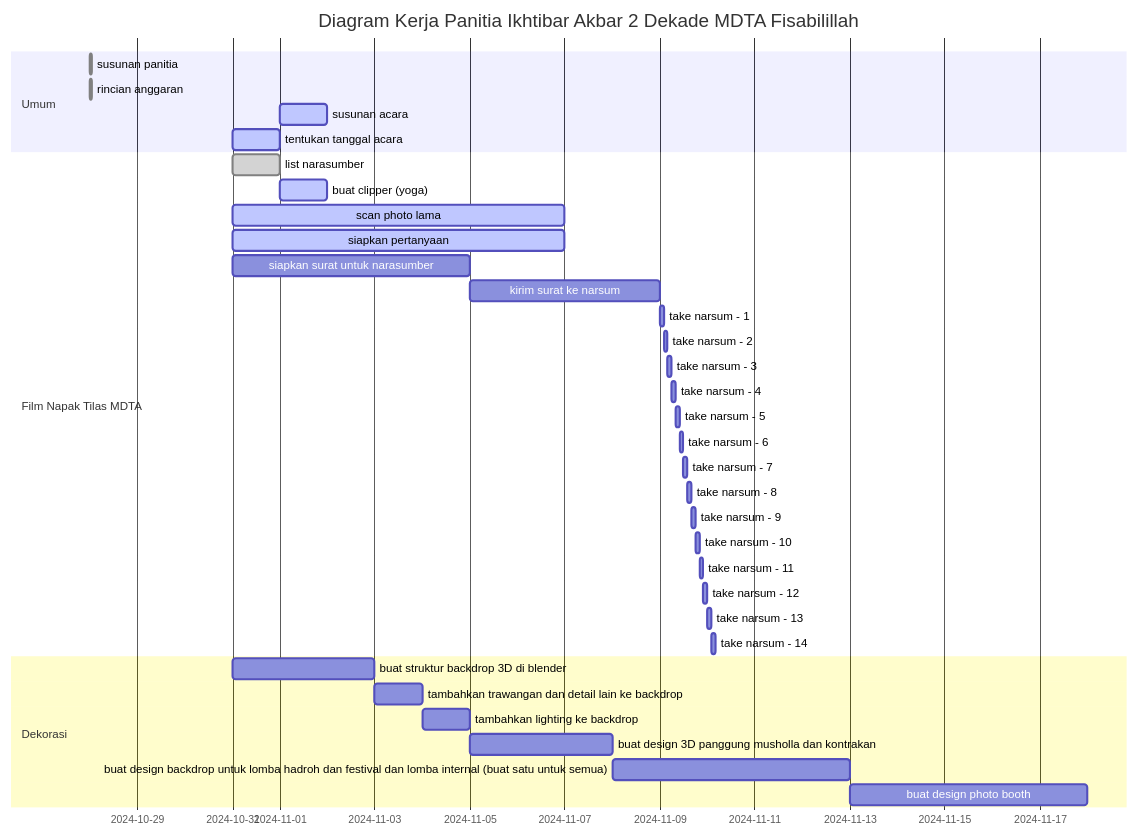
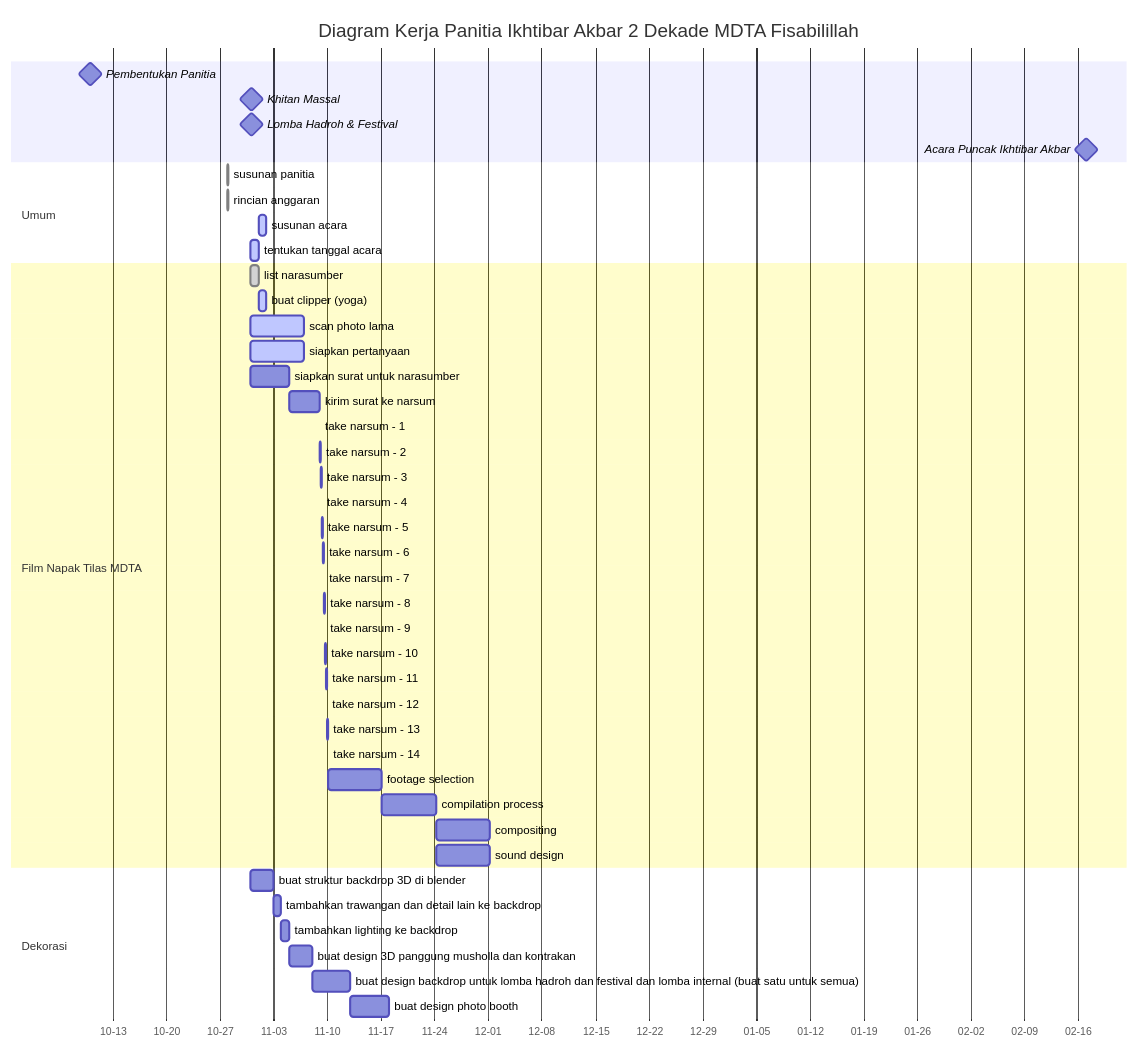
One commit to coding-class-fisabilillah/ikhtibar changed the diagram in progress/progress.qmd. Above: the diagram before and after it, drawn with Mermaid. The commit also changed other lines of this file, not shown here.

Commit message:
update progress

````diff
--- a/progress/progress.qmd
+++ b/progress/progress.qmd
@@ -12,44 +13,55 @@
 ```{mermaid} 
 gantt
   dateFormat  YYYY-MM-DD
+  axisFormat  %m-%d
+  tickInterval 1week
   title       Diagram Kerja Panitia Ikhtibar Akbar 2 Dekade MDTA Fisabilillah
+
+  Pembentukan Panitia : milestone, bentuk, 2024-10-10, 2h
+  Khitan Massal : milestone, khitan, 2024-10-31, 5h
+  Lomba Hadroh & Festival : milestone, hadroh, 2024-10-31, 5h
+  Acara Puncak Ikhtibar Akbar : milestone, ikhtibar, 2025-02-17, 5h
 
   section Umum
   susunan panitia	:done, 2024-10-28, 1h
   rincian anggaran	:done, 2024-10-28, 1h
   susunan acara	:active, 2024-11-01, 1d
   tentukan tanggal acara	:active, 2024-10-31, 1d
 
   section Film Napak Tilas MDTA
   list narasumber	:done, 2024-10-31, 1d
   buat clipper (yoga)	:active, 2024-11-01, 1d
   scan photo lama	:active, 2024-10-31, 7d
   siapkan pertanyaan	:active, 2024-10-31, 7d
   siapkan surat untuk narasumber	:surat, 2024-10-31, 5d
   kirim surat ke narsum :kirim, after surat, 4d
   take narsum - 1 :narsum1, after kirim, 2h
   take narsum - 2 :narsum2, after narsum1, 2h
   take narsum - 3 :narsum3, after narsum2, 2h
   take narsum - 4 :narsum4, after narsum3, 2h
   take narsum - 5 :narsum5, after narsum4, 2h
   take narsum - 6 :narsum6, after narsum5, 2h
   take narsum - 7 :narsum7, after narsum6, 2h
   take narsum - 8 :narsum8, after narsum7, 2h
   take narsum - 9 :narsum9, after narsum8, 2h
   take narsum - 10 :narsum10, after narsum9, 2h
   take narsum - 11 :narsum11, after narsum10, 2h
   take narsum - 12 :narsum12, after narsum11, 2h
   take narsum - 13 :narsum13, after narsum12, 2h
   take narsum - 14 :narsum14, after narsum13, 2h
+  footage selection :select, after narsum14, 7d
+  compilation process :compile, after select, 7d
+  compositing :compose, after compile, 7d
+  sound design :sound, after compile, 7d
 
   section Dekorasi
   buat struktur backdrop 3D di blender	:dekor1, 2024-10-31, 3d
   tambahkan trawangan dan detail lain ke backdrop	:dekor2, after dekor1, 1d
   tambahkan lighting ke backdrop	:dekor3, after dekor2, 1d
   buat design 3D panggung musholla dan kontrakan :dekor4, after dekor3, 3d
   buat design backdrop untuk lomba hadroh dan festival dan lomba internal (buat satu untuk semua)	:dekor5, after dekor4, 5d
   buat design photo booth	:dekor6, after dekor5, 5d
 
 
 
 ```
````
